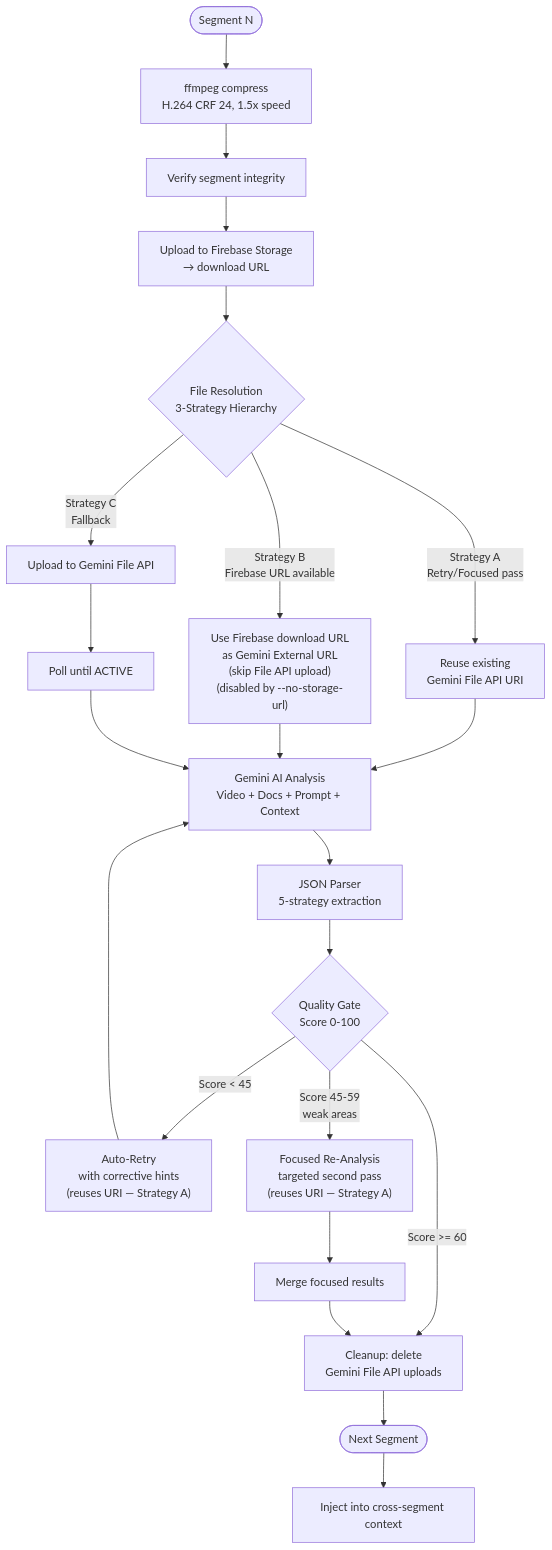
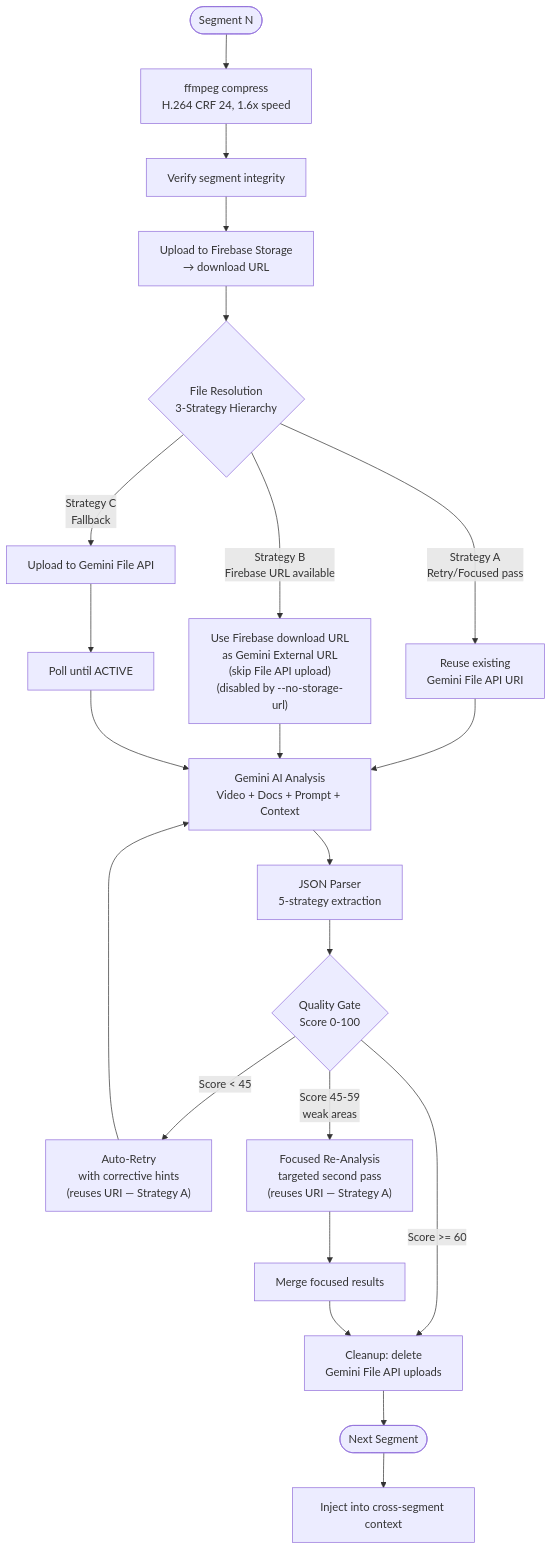
One commit to youssefadel94/task-summary-extractor changed the third of 10 diagrams in ARCHITECTURE.md. Above: the diagram before and after it, drawn with Mermaid. The commit also changed other lines of this file and 8 other files, not shown here.

````diff
--- a/ARCHITECTURE.md
+++ b/ARCHITECTURE.md
@@ -200,27 +200,27 @@
 ```mermaid
 flowchart TB
-    START(["Segment N"]) --> COMPRESS["ffmpeg compress\nH.264 CRF 24, 1.5x speed"]
+    START(["Segment N"]) --> COMPRESS["ffmpeg compress\nH.264 CRF 24, 1.6x speed"]
     COMPRESS --> VERIFY["Verify segment integrity"]
     VERIFY --> UPLOAD_FB["Upload to Firebase Storage\n→ download URL"]
 
     UPLOAD_FB --> RESOLVE{"File Resolution\n3-Strategy Hierarchy"}
 
     RESOLVE -->|"Strategy A\nRetry/Focused pass"| REUSE["Reuse existing\nGemini File API URI"]
     RESOLVE -->|"Strategy B\nFirebase URL available"| EXTURL["Use Firebase download URL\nas Gemini External URL\n(skip File API upload)\n(disabled by --no-storage-url)"]
     RESOLVE -->|"Strategy C\nFallback"| UPLOAD_GEM["Upload to Gemini File API"]
     UPLOAD_GEM --> WAIT["Poll until ACTIVE"]
 
     REUSE & EXTURL & WAIT --> ANALYZE["Gemini AI Analysis\nVideo + Docs + Prompt + Context"]
     ANALYZE --> PARSE["JSON Parser\n5-strategy extraction"]
     PARSE --> QUALITY{"Quality Gate\nScore 0-100"}
 
     QUALITY -->|"Score < 45"| RETRY["Auto-Retry\nwith corrective hints\n(reuses URI — Strategy A)"]
     RETRY --> ANALYZE
     QUALITY -->|"Score 45-59\nweak areas"| FOCUS["Focused Re-Analysis\ntargeted second pass\n(reuses URI — Strategy A)"]
     FOCUS --> MERGE["Merge focused results"]
     QUALITY -->|"Score >= 60"| CLEANUP
     MERGE --> CLEANUP["Cleanup: delete\nGemini File API uploads"]
     CLEANUP --> NEXT(["Next Segment"])
 
     NEXT --> CTX["Inject into cross-segment context"]
 ```
````
